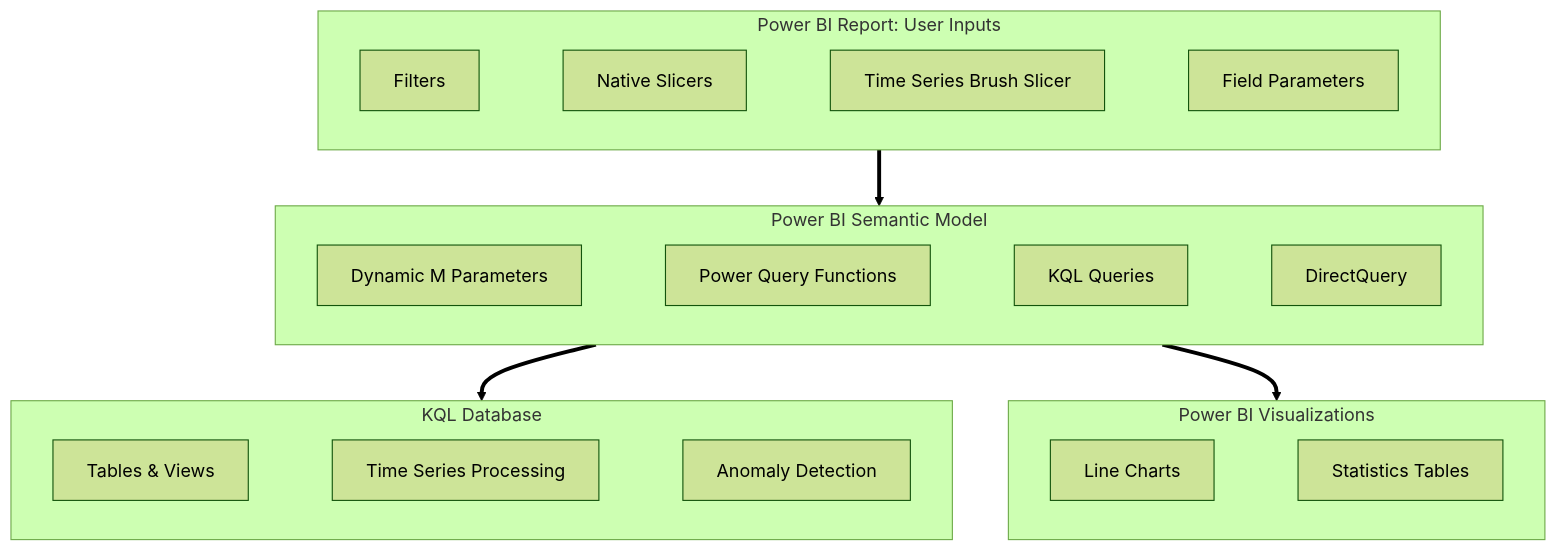
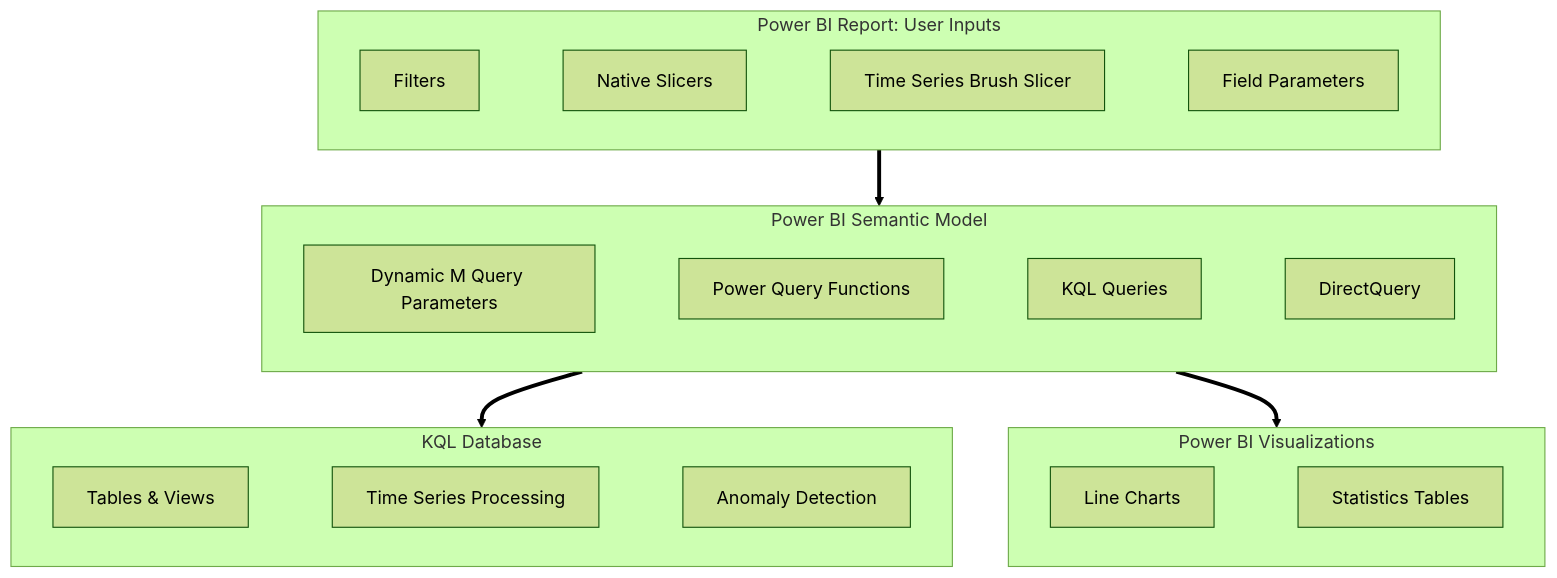
One commit to slavatrofimov/Time-Series-Visualization-with-Microsoft-Fabric changed the first of 2 diagrams in docs/reference/architecture.md. Above: the diagram before and after it, drawn with Mermaid (forest theme). The commit also changed other lines of this file, not shown here.

Commit message:
Improvements to architecture documentation

````diff
--- a/docs/reference/architecture.md
+++ b/docs/reference/architecture.md
@@ -7,26 +7,26 @@
 ```mermaid
 flowchart TB
     subgraph UserInputs["Power BI Report: User Inputs"]
         direction LR
         A[Filters] ~~~ B[Native Slicers] ~~~ C[Time Series Brush Slicer] ~~~ D[Field Parameters]
     end
     
     subgraph SemanticModel["Power BI Semantic Model"]
         direction LR
-        F[Dynamic M Parameters] ~~~ G[Power Query Functions] ~~~ H[KQL Queries] ~~~ I[DirectQuery]
+        F[Dynamic M Query Parameters] ~~~ G[Power Query Functions] ~~~ H[KQL Queries] ~~~ I[DirectQuery]
     end
     
     subgraph Backend["KQL Database"]
         direction LR
         J[Tables & Views] ~~~ K[Time Series Processing] ~~~ K2[Anomaly Detection]
     end
 
     subgraph Visualization["Power BI Visualizations"]
         direction LR
         L[Line Charts] ~~~ M[Statistics Tables]
     end
 
     UserInputs ==> SemanticModel
     SemanticModel ==> Backend
     SemanticModel ==> Visualization
 ```
````
